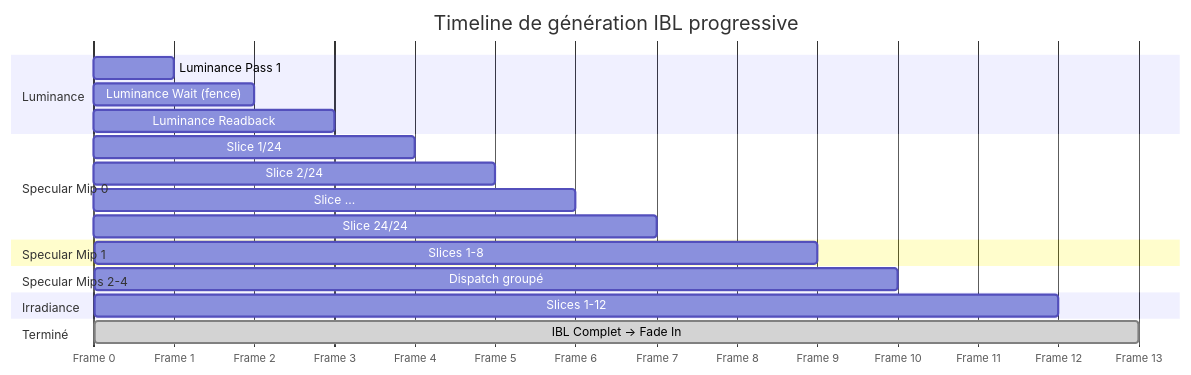
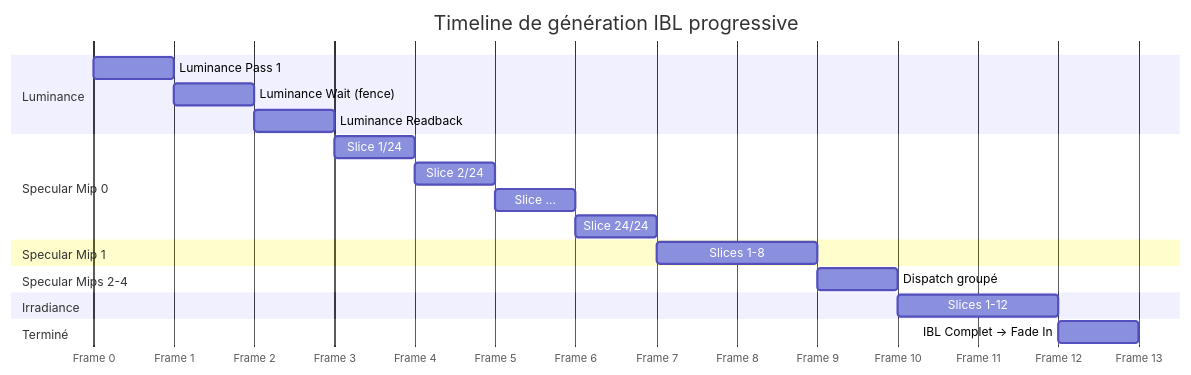
Before and after one commit to yoyonel/blog_source: diagram 12 of 17 in content/suckless-ogl-anatomie-frame.md, drawn with Mermaid. The commit also changed 2 other files, not shown here.

Commit message:
fix: gantt diagram positioning and labels outside bars
- Use dateFormat x with absolute timestamps for correct bar positions
- Add JS post-processing to force all task labels right of bars
- Fix FR and EN versions of the IBL timeline diagram

```diff
--- a/content/suckless-ogl-anatomie-frame.md
+++ b/content/suckless-ogl-anatomie-frame.md
@@ -644,29 +644,29 @@
 <pre class="mermaid">
 gantt
     title Timeline de génération IBL progressive
-    dateFormat X
+    dateFormat x
     axisFormat Frame %s
 
     section Luminance
-    Luminance Pass 1      :lum1, 0, 1
-    Luminance Wait (fence) :lum2, 1, 2
-    Luminance Readback     :lum3, 2, 3
+    Luminance Pass 1       :lum1, 0, 1000
+    Luminance Wait (fence) :lum2, 1000, 2000
+    Luminance Readback     :lum3, 2000, 3000
 
     section Specular Mip 0
-    Slice 1/24            :s1, 3, 4
-    Slice 2/24            :s2, 4, 5
-    Slice ...             :s3, 5, 6
-    Slice 24/24           :s4, 6, 7
+    Slice 1/24             :s1, 3000, 4000
+    Slice 2/24             :s2, 4000, 5000
+    Slice ...              :s3, 5000, 6000
+    Slice 24/24            :s4, 6000, 7000
 
     section Specular Mip 1
-    Slices 1-8            :m1, 7, 9
+    Slices 1-8             :m1, 7000, 9000
 
     section Specular Mips 2-4
-    Dispatch groupé       :m3, 9, 10
+    Dispatch groupé        :m3, 9000, 10000
 
     section Irradiance
-    Slices 1-12           :i1, 10, 12
+    Slices 1-12            :i1, 10000, 12000
 
     section Terminé
-    IBL Complet → Fade In :done, 12, 13
+    IBL Complet → Fade In  :ibl_done, 12000, 13000
 </pre>
```
